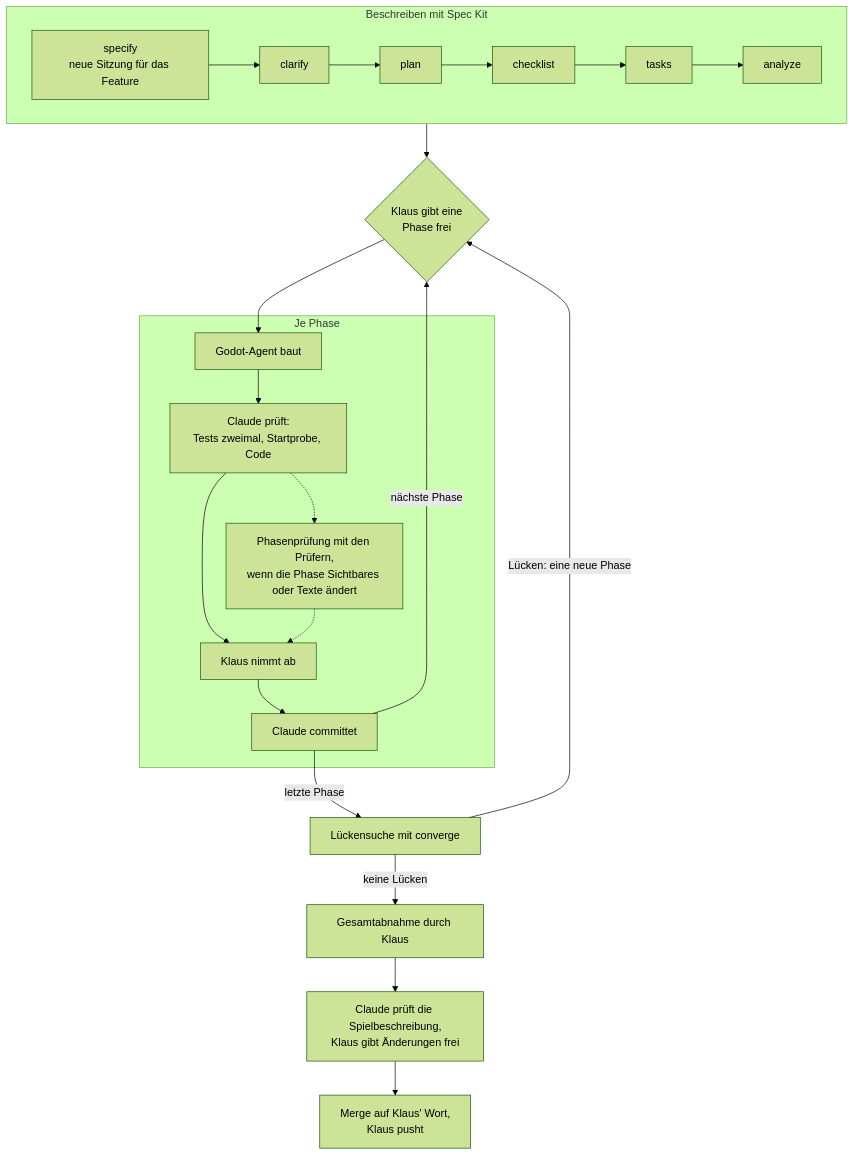
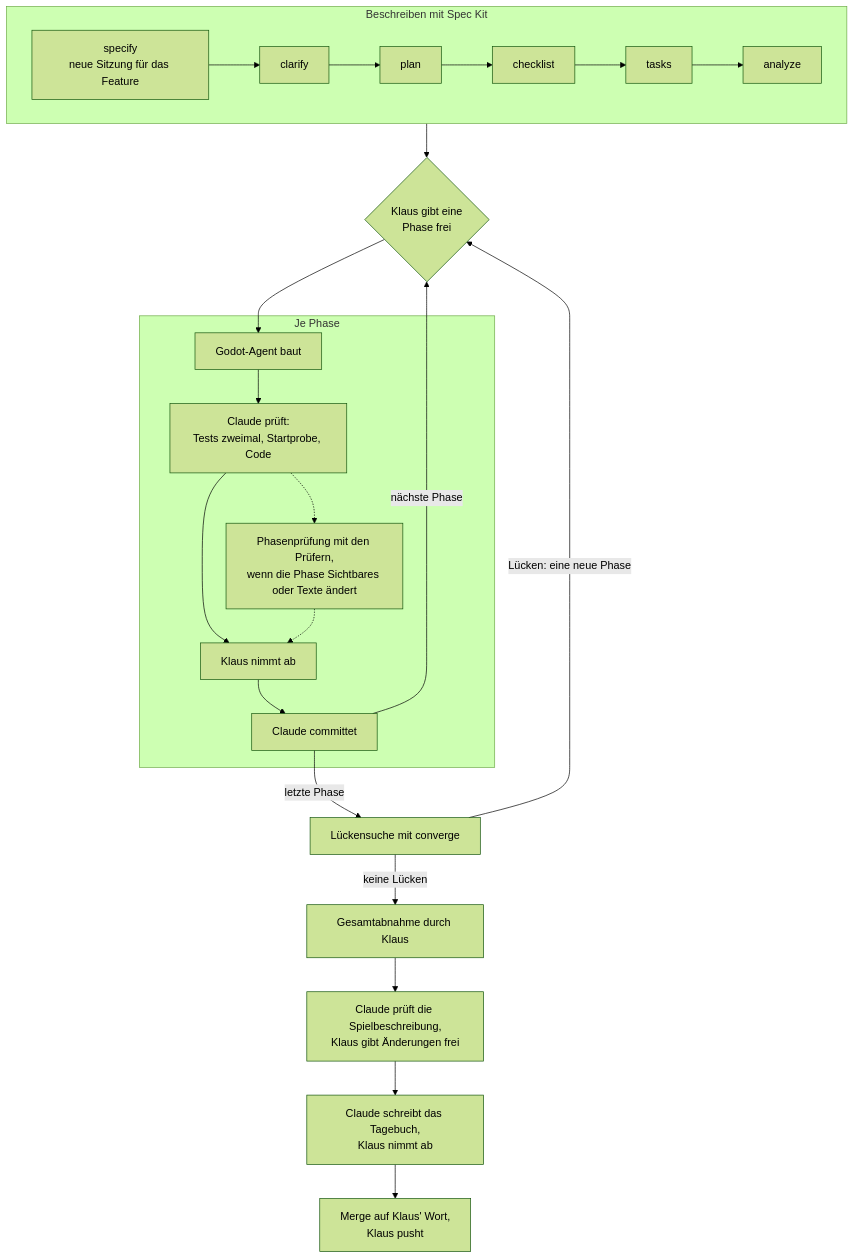
One commit to klausmoster/DerComputerladen changed the diagram in docs/ki_workflow/ki_dev.md. Above: the diagram before and after it, drawn with Mermaid (forest theme). The commit also changed other lines of this file and 8 other files, not shown here.

````diff
--- a/docs/ki_workflow/ki_dev.md
+++ b/docs/ki_workflow/ki_dev.md
@@ -25,22 +25,23 @@
 ```mermaid
 flowchart TD
     subgraph beschreiben["Beschreiben mit Spec Kit"]
         direction LR
         S1["specify<br/>neue Sitzung für das Feature"] --> S2["clarify"] --> S3["plan"] --> S4["checklist"] --> S5["tasks"] --> S6["analyze"]
     end
     beschreiben --> F{"Klaus gibt eine<br/>Phase frei"}
     subgraph phase["Je Phase"]
         B["Godot-Agent baut"] --> CP["Claude prüft:<br/>Tests zweimal, Startprobe, Code"]
         CP --> AB["Klaus nimmt ab"]
         CP -.-> P["Phasenprüfung mit den Prüfern,<br/>wenn die Phase Sichtbares oder Texte ändert"]
         P -.-> AB
         AB --> CO["Claude committet"]
     end
     F --> B
     CO -->|"nächste Phase"| F
     CO -->|"letzte Phase"| CV["Lückensuche mit converge"]
     CV -->|"Lücken: eine neue Phase"| F
     CV -->|"keine Lücken"| GA["Gesamtabnahme durch Klaus"]
     GA --> SB["Claude prüft die Spielbeschreibung,<br/>Klaus gibt Änderungen frei"]
-    SB --> M["Merge auf Klaus' Wort,<br/>Klaus pusht"]
+    SB --> TB["Claude schreibt das Tagebuch,<br/>Klaus nimmt ab"]
+    TB --> M["Merge auf Klaus' Wort,<br/>Klaus pusht"]
 ```
````
